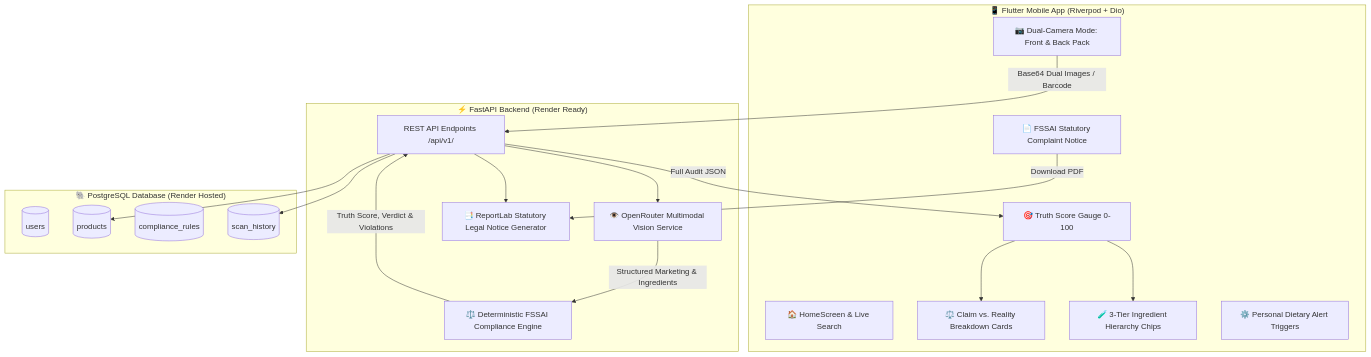
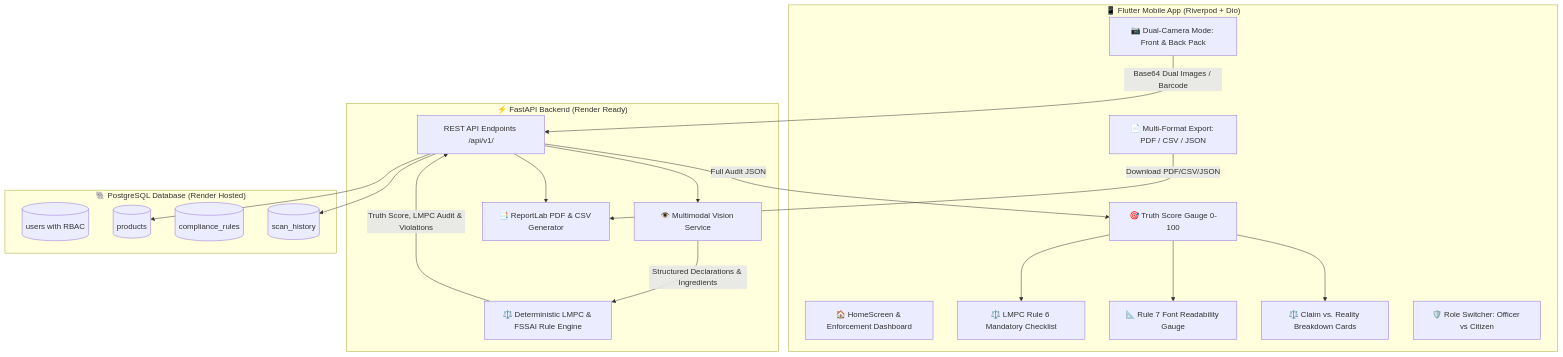
One commit to masterSahib/Hackathon changed the diagram in README.md. Above: the diagram before and after it, drawn with Mermaid. The commit also changed other lines of this file and 21 other files, not shown here.

Commit message:
feat(compliance): 100% LMPC 2011 & FSSAI mandatory declarations, font analysis, RBAC & multi-format export

````diff
--- a/README.md
+++ b/README.md
@@ -27,38 +39,40 @@
 ```mermaid
 flowchart TD
     subgraph Flutter_Mobile_App["📱 Flutter Mobile App (Riverpod + Dio)"]
-        UI_Home[🏠 HomeScreen & Live Search]
+        UI_Home[🏠 HomeScreen & Enforcement Dashboard]
         UI_DualCam[📷 Dual-Camera Mode: Front & Back Pack]
         UI_Gauge[🎯 Truth Score Gauge 0-100]
+        UI_LMPC[⚖️ LMPC Rule 6 Mandatory Checklist]
+        UI_Font[📐 Rule 7 Font Readability Gauge]
         UI_Cards[⚖️ Claim vs. Reality Breakdown Cards]
-        UI_Ing[🧪 3-Tier Ingredient Hierarchy Chips]
-        UI_PDF_Viewer[📄 FSSAI Statutory Complaint Notice]
-        UI_Alerts[⚙️ Personal Dietary Alert Triggers]
+        UI_Export[📄 Multi-Format Export: PDF / CSV / JSON]
+        UI_RBAC[🛡️ Role Switcher: Officer vs Citizen]
     end
 
     subgraph FastAPI_Backend["⚡ FastAPI Backend (Render Ready)"]
         API_Gateway[REST API Endpoints /api/v1/]
-        AI_Vision[👁️ OpenRouter Multimodal Vision Service]
-        Rule_Engine[⚖️ Deterministic FSSAI Compliance Engine]
-        PDF_Service[📑 ReportLab Statutory Legal Notice Generator]
+        AI_Vision[👁️ Multimodal Vision Service]
+        Rule_Engine[⚖️ Deterministic LMPC & FSSAI Rule Engine]
+        PDF_Service[📑 ReportLab PDF & CSV Generator]
     end
 
     subgraph Database_Layer["🐘 PostgreSQL Database (Render Hosted)"]
-        DB_Users[(users)]
+        DB_Users[(users with RBAC)]
         DB_Products[(products)]
         DB_Rules[(compliance_rules)]
         DB_Scans[(scan_history)]
     end
 
     UI_DualCam -->|Base64 Dual Images / Barcode| API_Gateway
     API_Gateway --> AI_Vision
-    AI_Vision -->|Structured Marketing & Ingredients| Rule_Engine
-    Rule_Engine -->|Truth Score, Verdict & Violations| API_Gateway
+    AI_Vision -->|Structured Declarations & Ingredients| Rule_Engine
+    Rule_Engine -->|Truth Score, LMPC Audit & Violations| API_Gateway
     API_Gateway --> PDF_Service
     API_Gateway --> DB_Products
     API_Gateway --> DB_Scans
     API_Gateway -->|Full Audit JSON| UI_Gauge
+    UI_Gauge --> UI_LMPC
+    UI_Gauge --> UI_Font
     UI_Gauge --> UI_Cards
-    UI_Gauge --> UI_Ing
-    UI_PDF_Viewer -->|Download PDF| PDF_Service
+    UI_Export -->|Download PDF/CSV/JSON| PDF_Service
 ```
````
